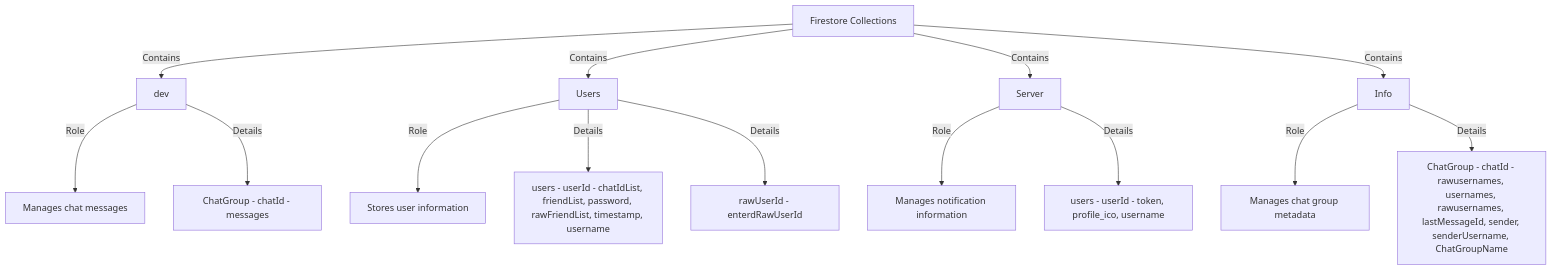
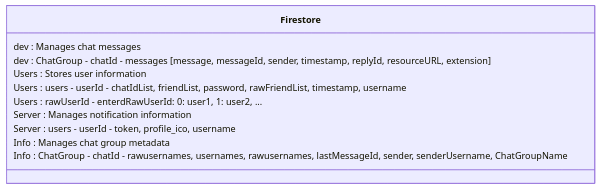
One commit to isd-glitch/Ventus-Talk changed the first of 3 diagrams in README.md. Above: the diagram before and after it, drawn with Mermaid.

````diff
--- a/README.md
+++ b/README.md
@@ -40,22 +40,15 @@
 ```mermaid
-graph TD
-    A[Firestore Collections]
-
-    A -->|Contains| B[dev]
-    B -->|Role| B1[Manages chat messages]
-    B -->|Details| B2[ChatGroup - chatId - messages]
-
-    A -->|Contains| C[Users]
-    C -->|Role| C1[Stores user information]
-    C -->|Details| C2[users - userId - chatIdList, friendList, password, rawFriendList, timestamp, username]
-    C -->|Details| C3[rawUserId - enterdRawUserId]
-
-    A -->|Contains| D[Server]
-    D -->|Role| D1[Manages notification information]
-    D -->|Details| D2[users - userId - token, profile_ico, username]
-
-    A -->|Contains| E[Info]
-    E -->|Role| E1[Manages chat group metadata]
-    E -->|Details| E2[ChatGroup - chatId - rawusernames, usernames, rawusernames, lastMessageId, sender, senderUsername, ChatGroupName]
+classDiagram
+    class Firestore {
+        dev : Manages chat messages
+        dev : ChatGroup - chatId - messages [message, messageId, sender, timestamp, replyId, resourceURL, extension]
+        Users : Stores user information
+        Users : users - userId - chatIdList, friendList, password, rawFriendList, timestamp, username
+        Users : rawUserId - enterdRawUserId: 0: user1, 1: user2, ...
+        Server : Manages notification information
+        Server : users - userId - token, profile_ico, username
+        Info : Manages chat group metadata
+        Info : ChatGroup - chatId - rawusernames, usernames, rawusernames, lastMessageId, sender, senderUsername, ChatGroupName
+    }
 
 ```
````
